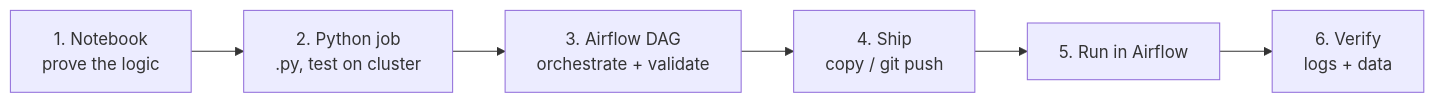
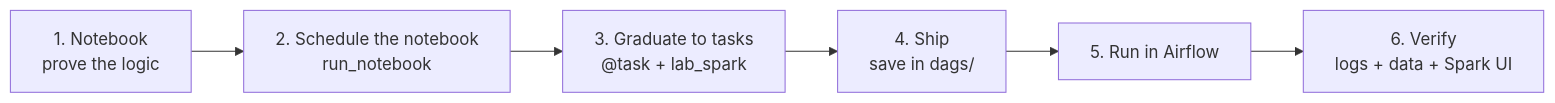
One commit to maarthala/databrick-local-simulator changed the diagram in training/docs/unit5/dev-workflow.md. Above: the diagram before and after it, drawn with Mermaid. The commit also changed other lines of this file and 3 other files, not shown here.

First line of the commit message:
Unit 5 (Airflow) on the learner base: DAGs in Jupyter's dags/, Spark as the learner

````diff
--- a/training/docs/unit5/dev-workflow.md
+++ b/training/docs/unit5/dev-workflow.md
@@ -18,8 +17,8 @@
 ```mermaid
 flowchart LR
-  NB["1. Notebook<br/>prove the logic"] --> PY["2. Python job<br/>.py, test on cluster"]
-  PY --> DAG["3. Airflow DAG<br/>orchestrate + validate"]
-  DAG --> SHIP["4. Ship<br/>copy / git push"]
+  NB["1. Notebook<br/>prove the logic"] --> NBDAG["2. Schedule the notebook<br/>run_notebook"]
+  NBDAG --> TASKS["3. Graduate to tasks<br/>@task + lab_spark"]
+  TASKS --> SHIP["4. Ship<br/>save in dags/"]
   SHIP --> RUN["5. Run in Airflow"]
-  RUN --> VERIFY["6. Verify<br/>logs + data"]
+  RUN --> VERIFY["6. Verify<br/>logs + data + Spark UI"]
 ```
````
